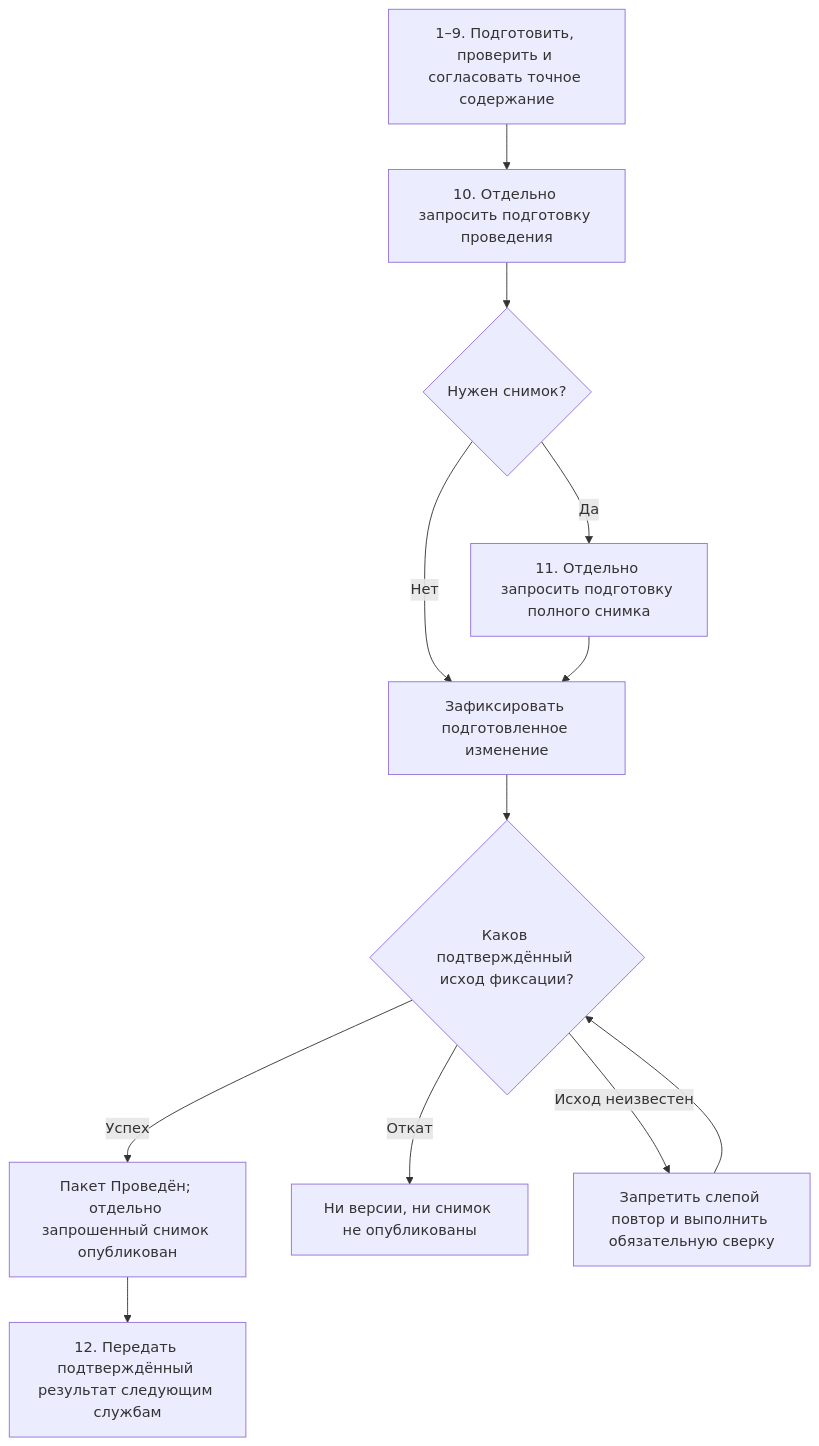
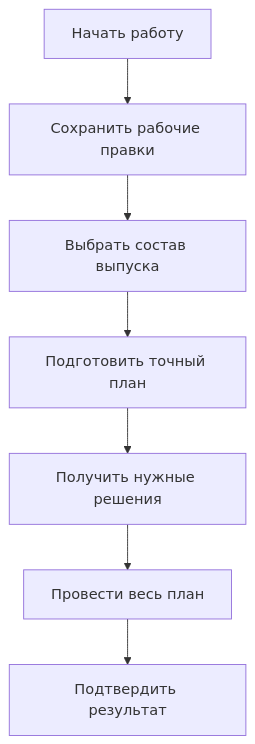
Before and after one commit to ZelAnton/Interlink-product-book: the first of 2 diagrams in wiki/Change-package-lifecycle.md, drawn with Mermaid. The commit also changed other lines of this file and 231 other files, not shown here.

````diff
--- a/wiki/Change-package-lifecycle.md
+++ b/wiki/Change-package-lifecycle.md
@@ -50,14 +33,9 @@
 ```mermaid
 flowchart TD
-    A["1–9. Подготовить, проверить и согласовать точное содержание"] --> B["10. Отдельно запросить подготовку проведения"]
-    B --> C{"Нужен снимок?"}
-    C -->|"Да"| D["11. Отдельно запросить подготовку полного снимка"]
-    C -->|"Нет"| E["Зафиксировать подготовленное изменение"]
-    D --> E
-    E --> F{"Каков подтверждённый исход фиксации?"}
-    F -->|"Успех"| G["Пакет Проведён; отдельно запрошенный снимок опубликован"]
-    F -->|"Откат"| H["Ни версии, ни снимок не опубликованы"]
-    F -->|"Исход неизвестен"| I["Запретить слепой повтор и выполнить обязательную сверку"]
-    G --> J["12. Передать подтверждённый результат следующим службам"]
-    I --> F
+    A["Начать работу"] --> B["Сохранить рабочие правки"]
+    B --> C["Выбрать состав выпуска"]
+    C --> D["Подготовить точный план"]
+    D --> E["Получить нужные решения"]
+    E --> F["Провести весь план"]
+    F --> G["Подтвердить результат"]
 ```
````
